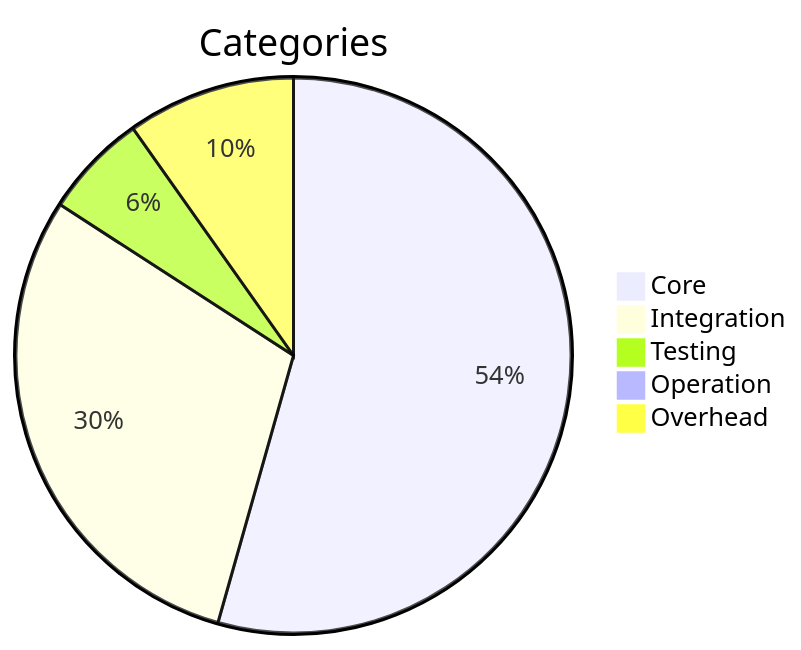
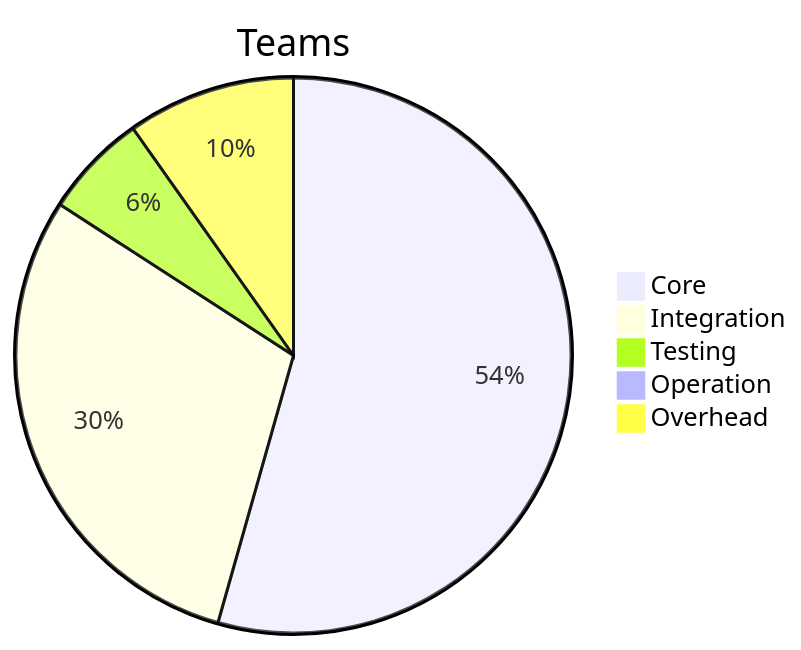
One commit to qubic/qct changed the second of 4 diagrams in financial-reports/2025-03-03-january-2025.md. Above: the diagram before and after it, drawn with Mermaid. The commit also changed 3 other files, not shown here.

Commit message:
fix: title for teams pie chart

````diff
--- a/financial-reports/2025-03-03-january-2025.md
+++ b/financial-reports/2025-03-03-january-2025.md
@@ -27,8 +27,8 @@
  ```mermaid
-pie title Categories
+pie title Teams
 "Core":52.6163351852082
 "Integration":28.7781793651821
 "Testing":5.87503167810763
 "Operation":0
 "Overhead":9.47585754533489
 ```
````
